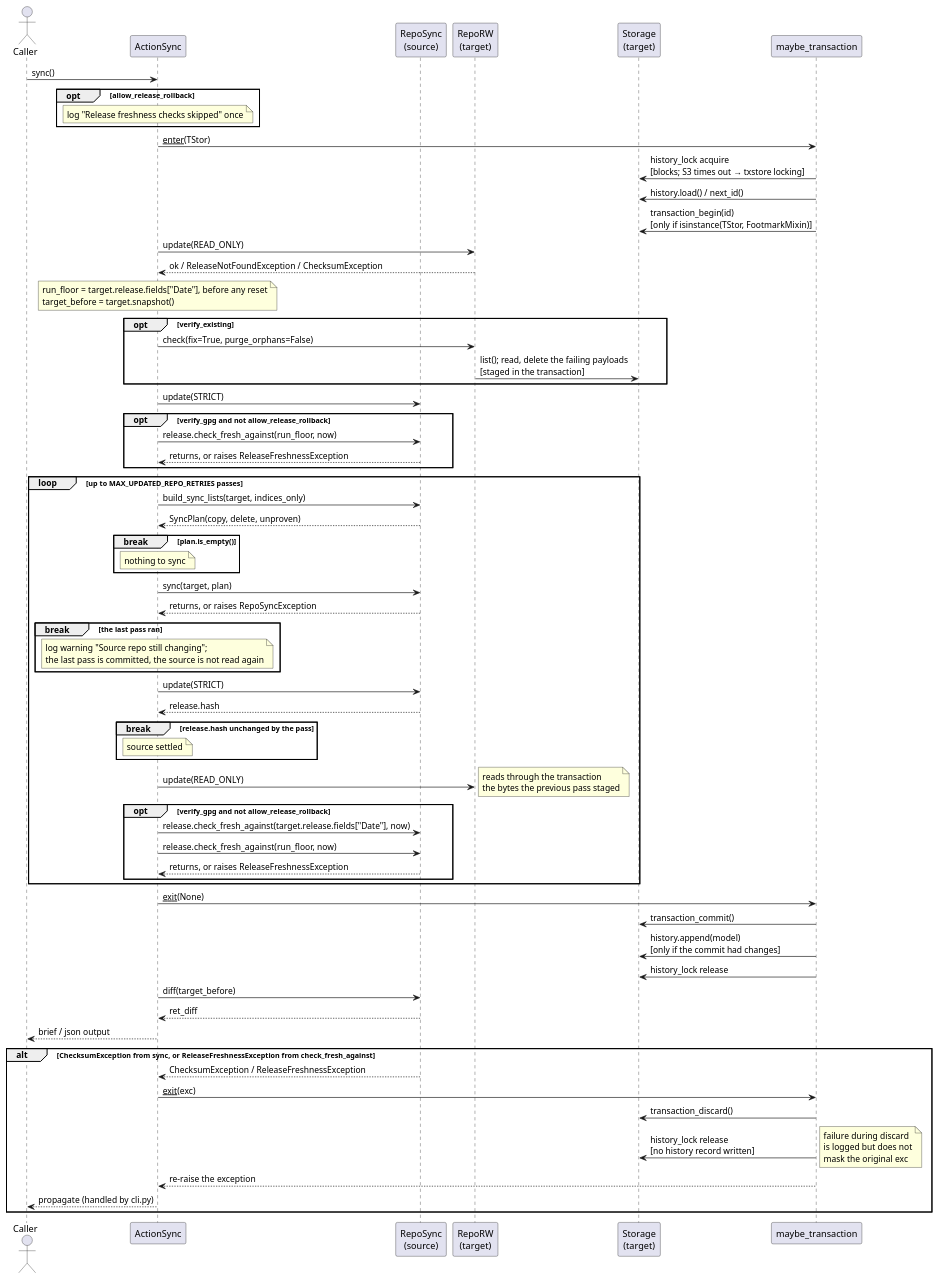
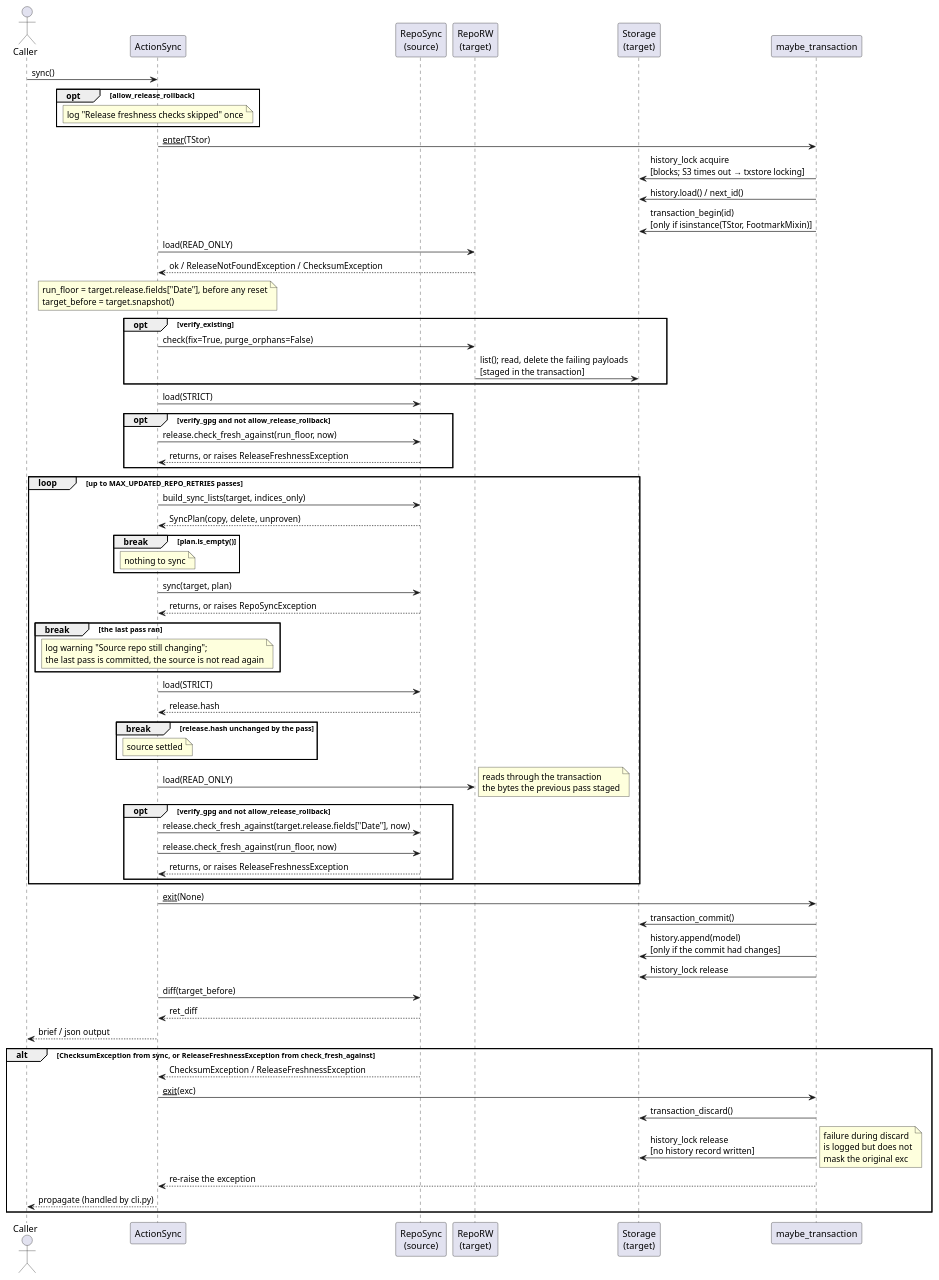
One commit to vinklat/debkit changed the diagram in docs/development/diagrams/action-sync-sequence.puml. Above: the diagram before and after it, drawn with PlantUML. The commit also changed 54 other files, not shown here.

```diff
--- a/docs/development/diagrams/action-sync-sequence.puml
+++ b/docs/development/diagrams/action-sync-sequence.puml
@@ -1,81 +1,81 @@
 @startuml
 actor Caller
 participant ActionSync
 participant "RepoSync\n(source)" as Src
 participant "RepoRW\n(target)" as Tgt
 participant "Storage\n(target)" as TStor
 participant "maybe_transaction" as CM
 
 Caller -> ActionSync: sync()
 
 opt allow_release_rollback
   note over ActionSync: log "Release freshness checks skipped" once
 end
 
 ActionSync -> CM: __enter__(TStor)
 CM -> TStor: history_lock acquire\n[blocks; S3 times out → txstore locking]
 CM -> TStor: history.load() / next_id()
 CM -> TStor: transaction_begin(id)\n[only if isinstance(TStor, FootmarkMixin)]
 
-ActionSync -> Tgt: update(READ_ONLY)
+ActionSync -> Tgt: load(READ_ONLY)
 Tgt --> ActionSync: ok / ReleaseNotFoundException / ChecksumException
 note over ActionSync: run_floor = target.release.fields["Date"], before any reset\ntarget_before = target.snapshot()
 
 opt verify_existing
   ActionSync -> Tgt: check(fix=True, purge_orphans=False)
   Tgt -> TStor: list(); read, delete the failing payloads\n[staged in the transaction]
 end
 
-ActionSync -> Src: update(STRICT)
+ActionSync -> Src: load(STRICT)
 opt verify_gpg and not allow_release_rollback
   ActionSync -> Src: release.check_fresh_against(run_floor, now)
   Src --> ActionSync: returns, or raises ReleaseFreshnessException
 end
 
 loop up to MAX_UPDATED_REPO_RETRIES passes
   ActionSync -> Src: build_sync_lists(target, indices_only)
   Src --> ActionSync: SyncPlan(copy, delete, unproven)
   break plan.is_empty()
     note over ActionSync: nothing to sync
   end
 
   ActionSync -> Src: sync(target, plan)
   Src --> ActionSync: returns, or raises RepoSyncException
   break the last pass ran
     note over ActionSync: log warning "Source repo still changing";\nthe last pass is committed, the source is not read again
   end
 
-  ActionSync -> Src: update(STRICT)
+  ActionSync -> Src: load(STRICT)
   Src --> ActionSync: release.hash
   break release.hash unchanged by the pass
     note over ActionSync: source settled
   end
 
-  ActionSync -> Tgt: update(READ_ONLY)
+  ActionSync -> Tgt: load(READ_ONLY)
   note right: reads through the transaction\nthe bytes the previous pass staged
   opt verify_gpg and not allow_release_rollback
     ActionSync -> Src: release.check_fresh_against(target.release.fields["Date"], now)
     ActionSync -> Src: release.check_fresh_against(run_floor, now)
     Src --> ActionSync: returns, or raises ReleaseFreshnessException
   end
 end
 
 ActionSync -> CM: __exit__(None)
 CM -> TStor: transaction_commit()
 CM -> TStor: history.append(model)\n[only if the commit had changes]
 CM -> TStor: history_lock release
 
 ActionSync -> Src: diff(target_before)
 Src --> ActionSync: ret_diff
 ActionSync --> Caller: brief / json output
 
 alt ChecksumException from sync, or ReleaseFreshnessException from check_fresh_against
   Src --> ActionSync: ChecksumException / ReleaseFreshnessException
   ActionSync -> CM: __exit__(exc)
   CM -> TStor: transaction_discard()
   CM -> TStor: history_lock release\n[no history record written]
   note right: failure during discard\nis logged but does not\nmask the original exc
   CM --> ActionSync: re-raise the exception
   ActionSync --> Caller: propagate (handled by cli.py)
 end
 @enduml
```
